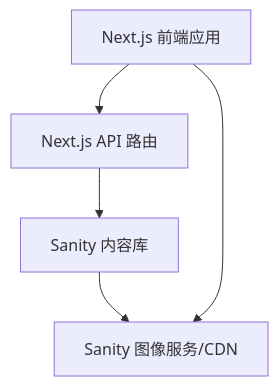
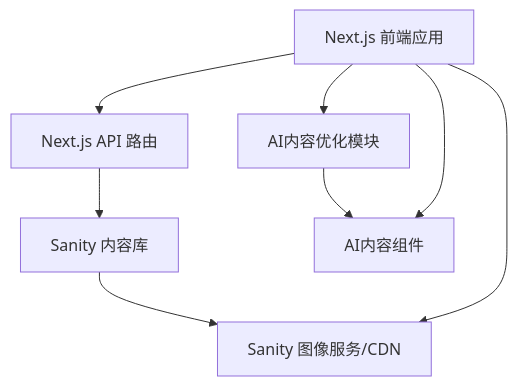
Before and after one commit to waltzhan/LEDTrade: the second of 7 diagrams in .qoder/repowiki/zh/content/产品管理系统/产品管理系统.md, drawn with Mermaid. The commit also changed other lines of this file and 20 other files, not shown here.

````diff
--- a/.qoder/repowiki/zh/content/产品管理系统/产品管理系统.md
+++ b/.qoder/repowiki/zh/content/产品管理系统/产品管理系统.md
@@ -120,11 +159,16 @@
 ```mermaid
 graph TB
 FE["Next.js 前端应用"]
 API["Next.js API 路由"]
 SANITY["Sanity 内容库"]
 IMG["Sanity 图像服务/CDN"]
+AI["AI内容优化模块"]
+AICOMP["AI内容组件"]
 FE --> API
 API --> SANITY
 SANITY --> IMG
 FE --> IMG
+FE --> AI
+AI --> AICOMP
+FE --> AICOMP
 ```
````
